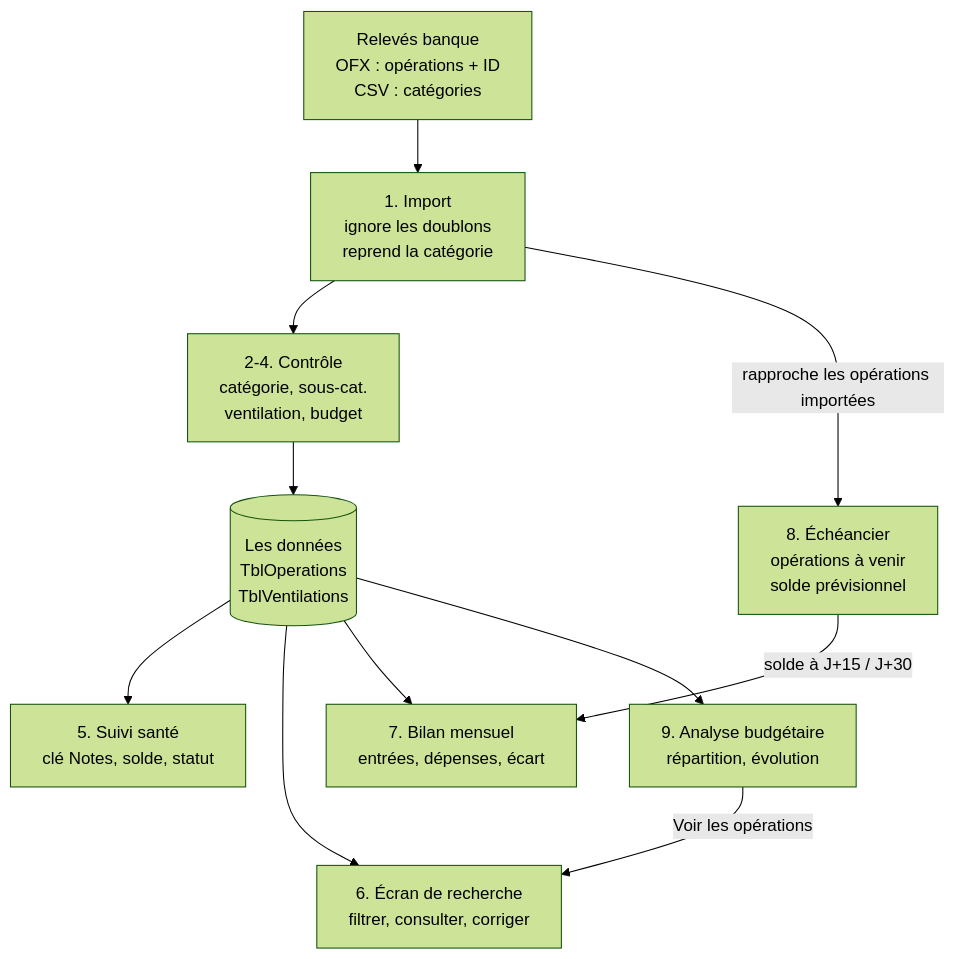
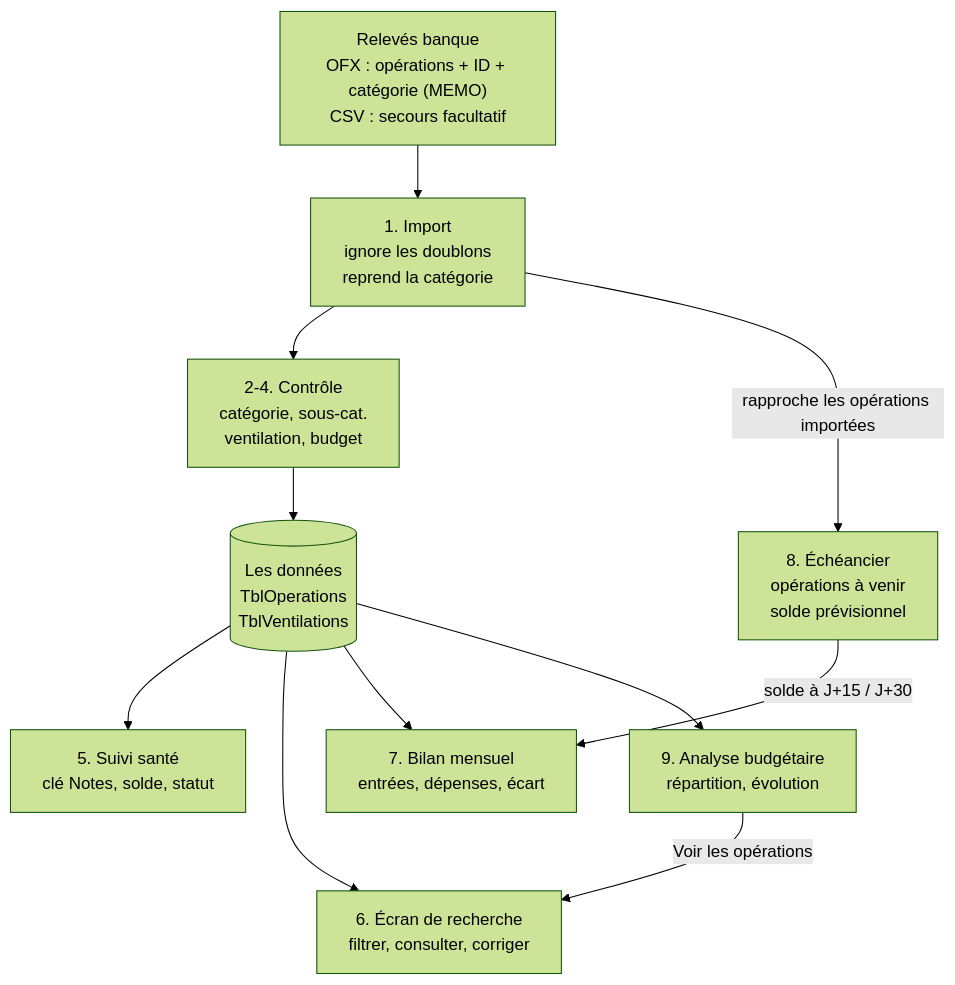
One commit to alexblav/Suivi_Financier changed the first of 9 diagrams in README.md. Above: the diagram before and after it, drawn with Mermaid (forest theme). The commit also changed other lines of this file and 5 other files, not shown here.

````diff
--- a/README.md
+++ b/README.md
@@ -38,20 +38,20 @@
 ```mermaid
 flowchart TB
-    RELEVES["Relevés banque<br/>OFX : opérations + ID<br/>CSV : catégories"]
+    RELEVES["Relevés banque<br/>OFX : opérations + ID + catégorie (MEMO)<br/>CSV : secours facultatif"]
     IMPORT["1. Import<br/>ignore les doublons<br/>reprend la catégorie"]
     CONTROLE["2-4. Contrôle<br/>catégorie, sous-cat.<br/>ventilation, budget"]
     DONNEES[("Les données<br/>TblOperations<br/>TblVentilations")]
     SANTE["5. Suivi santé<br/>clé Notes, solde, statut"]
     RECHERCHE["6. Écran de recherche<br/>filtrer, consulter, corriger"]
     BILAN["7. Bilan mensuel<br/>entrées, dépenses, écart"]
     ECHEANCIER["8. Échéancier<br/>opérations à venir<br/>solde prévisionnel"]
     ANALYSE["9. Analyse budgétaire<br/>répartition, évolution"]
     RELEVES --> IMPORT --> CONTROLE --> DONNEES
     DONNEES --> SANTE
     DONNEES --> RECHERCHE
     DONNEES --> BILAN
     DONNEES --> ANALYSE
     IMPORT -->|"rapproche les opérations importées"| ECHEANCIER
     ECHEANCIER -->|"solde à J+15 / J+30"| BILAN
     ANALYSE -->|"Voir les opérations"| RECHERCHE
 ```
````
